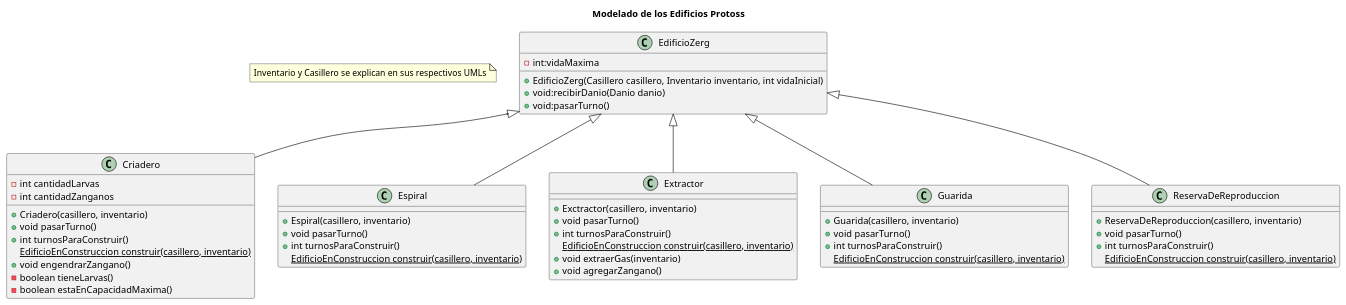
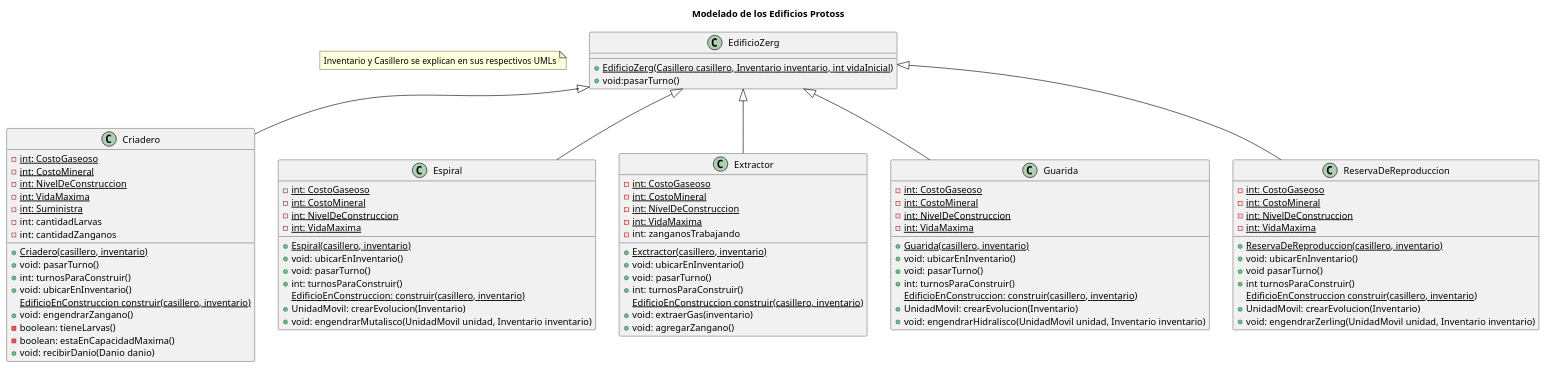
The diagram in diagrams/classes/edificiosZerg.plantuml (m-cabrerar/AlgoStar), drawn with PlantUML before and after one commit. The commit also changed 20 other files, not shown here.

Commit message:
UML actualizacion

```diff
--- a/diagrams/classes/edificiosZerg.plantuml
+++ b/diagrams/classes/edificiosZerg.plantuml
@@ -1,62 +1,101 @@
 @startuml
 title Modelado de los Edificios Protoss
 note "Inventario y Casillero se explican en sus respectivos UMLs" as N1
 
 
 class EdificioZerg{
- - int:vidaMaxima
- + EdificioZerg(Casillero casillero, Inventario inventario, int vidaInicial)
- + void:recibirDanio(Danio danio)
+ + <u>EdificioZerg(Casillero casillero, Inventario inventario, int vidaInicial)
  + void:pasarTurno()
 }
 
 class Criadero{
- - int cantidadLarvas
- - int cantidadZanganos
- + Criadero(casillero, inventario)
+-{static} int: CostoGaseoso
+-{static} int: CostoMineral
+-{static} int: NivelDeConstruccion
+-{static} int: VidaMaxima
+-{static} int: Suministra
+ - int: cantidadLarvas
+ - int: cantidadZanganos
+
+
+ + <u>Criadero(casillero, inventario)
+ + void: pasarTurno()
+ + int: turnosParaConstruir()
+ + void: ubicarEnInventario()
+ {static} EdificioEnConstruccion construir(casillero, inventario)
+ + void: engendrarZangano()
+ - boolean: tieneLarvas()
+ - boolean: estaEnCapacidadMaxima()
+  + void: recibirDanio(Danio danio)
+}
+
+class Espiral{
+-{static} int: CostoGaseoso
+-{static} int: CostoMineral
+-{static} int: NivelDeConstruccion
+-{static} int: VidaMaxima
+
+ + <u>Espiral(casillero, inventario)
+ + void: ubicarEnInventario()
+ + void: pasarTurno()
+ + int: turnosParaConstruir()
+ {static} EdificioEnConstruccion: construir(casillero, inventario)
+ + UnidadMovil: crearEvolucion(Inventario)
+ + void: engendrarMutalisco(UnidadMovil unidad, Inventario inventario)
+}
+
+class Extractor {
+-{static} int: CostoGaseoso
+-{static} int: CostoMineral
+-{static} int: NivelDeConstruccion
+-{static} int: VidaMaxima
+-int: zanganosTrabajando
+
+ + <u>Exctractor(casillero, inventario)
+ + void: ubicarEnInventario()
+ + void: pasarTurno()
+ + int: turnosParaConstruir()
+ {static} EdificioEnConstruccion construir(casillero, inventario)
+ + void: extraerGas(inventario)
+ + void: agregarZangano()
+}
+
+class Guarida{
+-{static} int: CostoGaseoso
+-{static} int: CostoMineral
+-{static} int: NivelDeConstruccion
+-{static} int: VidaMaxima
+
+ + <u>Guarida(casillero, inventario)
+ + void: ubicarEnInventario()
+ + void: pasarTurno()
+ + int: turnosParaConstruir()
+ {static} EdificioEnConstruccion: construir(casillero, inventario)
+ + UnidadMovil: crearEvolucion(Inventario)
+ + void: engendrarHidralisco(UnidadMovil unidad, Inventario inventario)
+}
+
+class ReservaDeReproduccion {
+-{static} int: CostoGaseoso
+-{static} int: CostoMineral
+-{static} int: NivelDeConstruccion
+-{static} int: VidaMaxima
+
+ + <u>ReservaDeReproduccion(casillero, inventario)
+ + void: ubicarEnInventario()
  + void pasarTurno()
  + int turnosParaConstruir()
  {static} EdificioEnConstruccion construir(casillero, inventario)
- + void engendrarZangano()
- - boolean tieneLarvas()
- - boolean estaEnCapacidadMaxima()
-}
+ + UnidadMovil: crearEvolucion(Inventario)
+ + void: engendrarZerling(UnidadMovil unidad, Inventario inventario)
 
-class Espiral{
- + Espiral(casillero, inventario)
- + void pasarTurno()
- + int turnosParaConstruir()
- {static} EdificioEnConstruccion construir(casillero, inventario)
-}
-
-class Extractor {
- + Exctractor(casillero, inventario)
- + void pasarTurno()
- + int turnosParaConstruir()
- {static} EdificioEnConstruccion construir(casillero, inventario)
- + void extraerGas(inventario)
- + void agregarZangano()
-}
-
-class Guarida{
- + Guarida(casillero, inventario)
- + void pasarTurno()
- + int turnosParaConstruir()
- {static} EdificioEnConstruccion construir(casillero, inventario)
-}
-
-class ReservaDeReproduccion {
- + ReservaDeReproduccion(casillero, inventario)
- + void pasarTurno()
- + int turnosParaConstruir()
- {static} EdificioEnConstruccion construir(casillero, inventario)
 }
 
 EdificioZerg <|-- ReservaDeReproduccion
 EdificioZerg <|-- Guarida
 EdificioZerg <|-- Extractor
 EdificioZerg <|-- Espiral
 EdificioZerg <|-- Criadero
 
 
 @enduml
```
